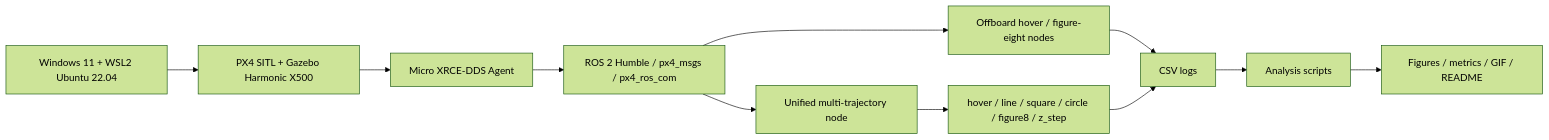
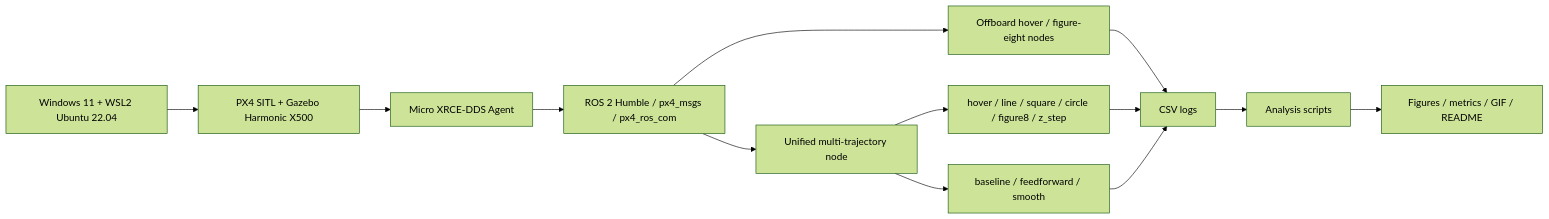
One commit to yjs2005/px4-ros2-sitl-lab changed the diagram in results/project_pipeline.md. Above: the diagram before and after it, drawn with Mermaid (forest theme). The commit also changed 22 other files, not shown here.

````diff
--- a/results/project_pipeline.md
+++ b/results/project_pipeline.md
@@ -3,13 +3,15 @@
 ```mermaid
 flowchart LR
   A["Windows 11 + WSL2 Ubuntu 22.04"] --> B["PX4 SITL + Gazebo Harmonic X500"]
   B --> C["Micro XRCE-DDS Agent"]
   C --> D["ROS 2 Humble / px4_msgs / px4_ros_com"]
   D --> E["Offboard hover / figure-eight nodes"]
   D --> F["Unified multi-trajectory node"]
   F --> G["hover / line / square / circle / figure8 / z_step"]
+  F --> K["baseline / feedforward / smooth"]
   E --> H["CSV logs"]
   G --> H
+  K --> H
   H --> I["Analysis scripts"]
   I --> J["Figures / metrics / GIF / README"]
 ```
````
